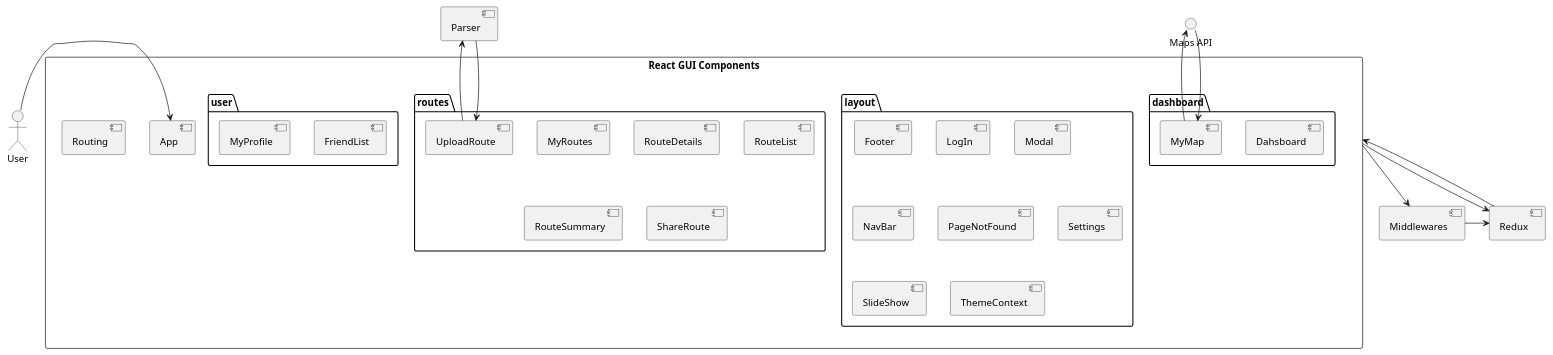
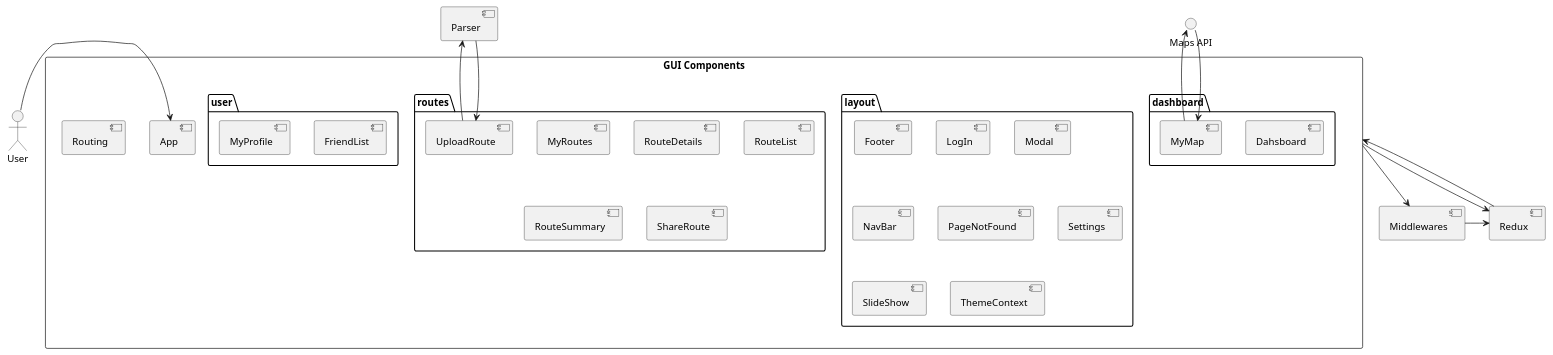
Before and after one commit to Arquisoft/viade_en1b: the diagram in src/docs/diagrams/05-04_whiteboxReact.puml, drawn with PlantUML. The commit also changed 4 other files, not shown here.

```diff
--- a/src/docs/diagrams/05-04_whiteboxReact.puml
+++ b/src/docs/diagrams/05-04_whiteboxReact.puml
@@ -1,56 +1,56 @@
 @startuml
 
-rectangle "React GUI Components" as react {
+rectangle "GUI Components" as react {
     folder "dashboard" as dashboard {
         [Dahsboard] as das
         [MyMap] as map
     }
     folder "layout" as layout {
         [Footer] as footer
         [LogIn] as login 
         [Modal] as modal
         [NavBar] as navbar
         [PageNotFound] as pnf 
         [Settings] as settings
         [SlideShow] as ss
         [ThemeContext] as tc 
     }
     folder "routes" as routes {
         [MyRoutes] as mr 
         [RouteDetails] as rd 
         [RouteList] as rl 
         [RouteSummary] as rs 
         [ShareRoute] as sr 
         [UploadRoute] as ur 
     }
     folder "user" as user {
         [FriendList] as fl 
         [MyProfile] as mp 
     }
     [Routing] as routing
     [App] as app
 }
 
 [Redux] as redux
 [Parser] as parser
 [Middlewares] as middlewares
 () "Maps API" as imaps
 
 :User: -right-> app
 ur --> parser
 parser --> ur
 map --> imaps
 imaps --> map
 react -down-> redux
 redux -up-> react
 react -down-> middlewares
 middlewares -right-> redux
 
 
 
 
 
 
 
 
 @enduml
```
